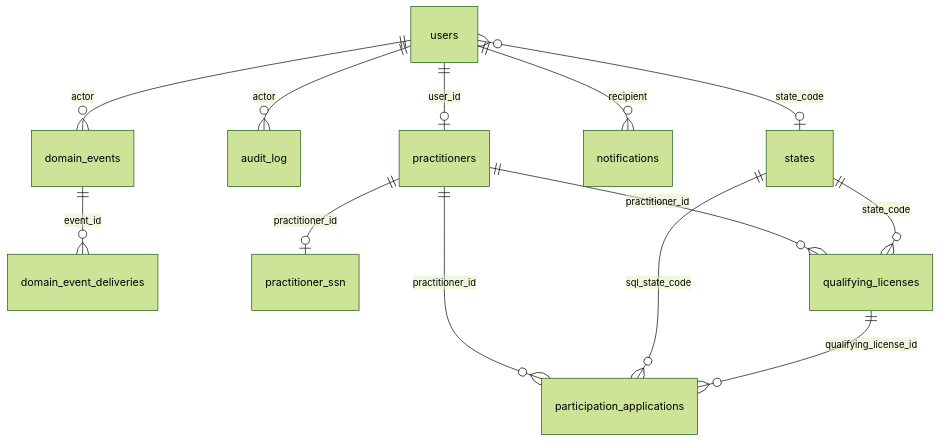
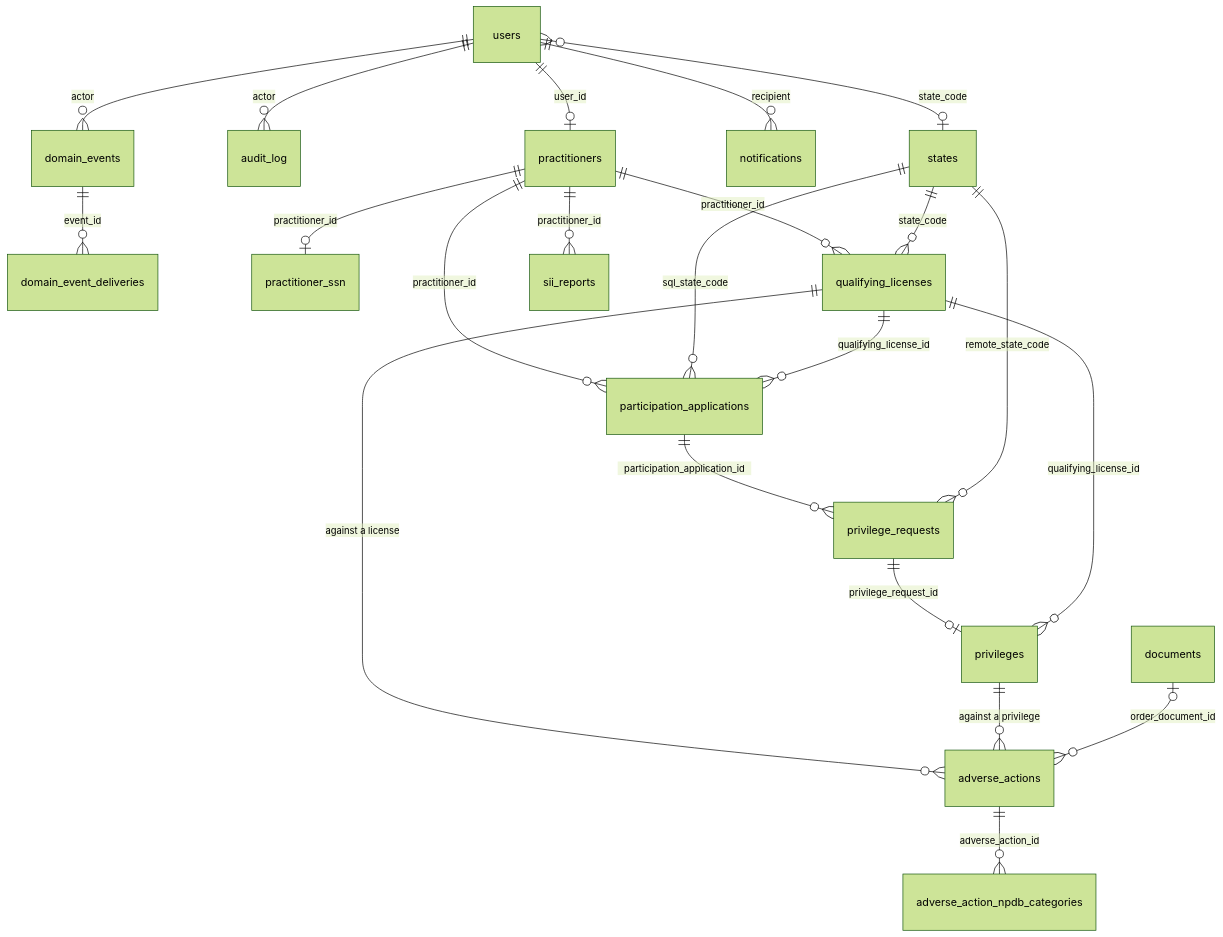
Before and after one commit to focusconsulting/pa-compact-licensing-platform: the diagram in engineering/docs/data-model.md, drawn with Mermaid (forest theme). The commit also changed other lines of this file and 10 other files, not shown here.

First line of the commit message:
feat(api): add privilege requests, privileges, adverse actions, and SII (F-02 phase 2b)

````diff
--- a/engineering/docs/data-model.md
+++ b/engineering/docs/data-model.md
@@ -27,15 +27,24 @@
 ```mermaid
 erDiagram
     users }o--o| states : "state_code"
     users ||--o{ audit_log : "actor"
     users ||--o{ domain_events : "actor"
     users ||--o{ notifications : "recipient"
     domain_events ||--o{ domain_event_deliveries : "event_id"
     users ||--o| practitioners : "user_id"
     practitioners ||--o| practitioner_ssn : "practitioner_id"
     practitioners ||--o{ qualifying_licenses : "practitioner_id"
     states ||--o{ qualifying_licenses : "state_code"
     practitioners ||--o{ participation_applications : "practitioner_id"
     states ||--o{ participation_applications : "sql_state_code"
     qualifying_licenses ||--o{ participation_applications : "qualifying_license_id"
+    participation_applications ||--o{ privilege_requests : "participation_application_id"
+    states ||--o{ privilege_requests : "remote_state_code"
+    privilege_requests ||--o| privileges : "privilege_request_id"
+    qualifying_licenses ||--o{ privileges : "qualifying_license_id"
+    qualifying_licenses ||--o{ adverse_actions : "against a license"
+    privileges ||--o{ adverse_actions : "against a privilege"
+    adverse_actions ||--o{ adverse_action_npdb_categories : "adverse_action_id"
+    practitioners ||--o{ sii_reports : "practitioner_id"
+    documents |o--o{ adverse_actions : "order_document_id"
 ```
````
